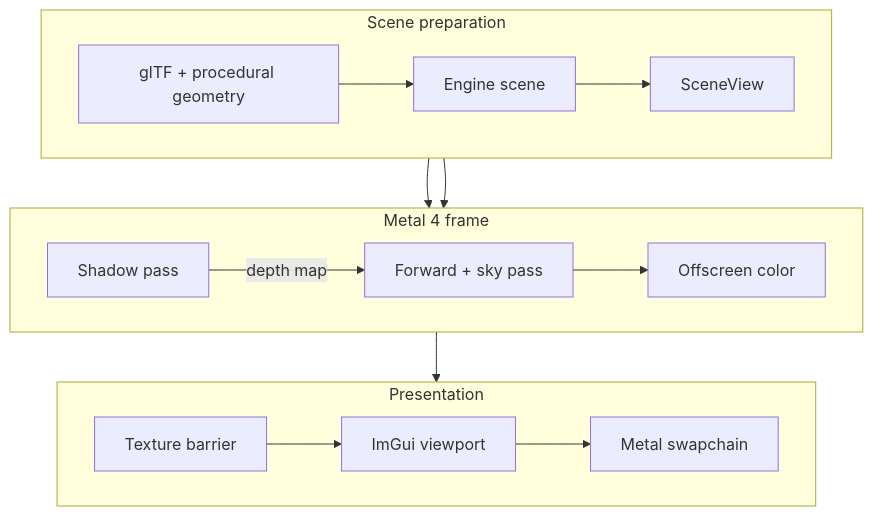
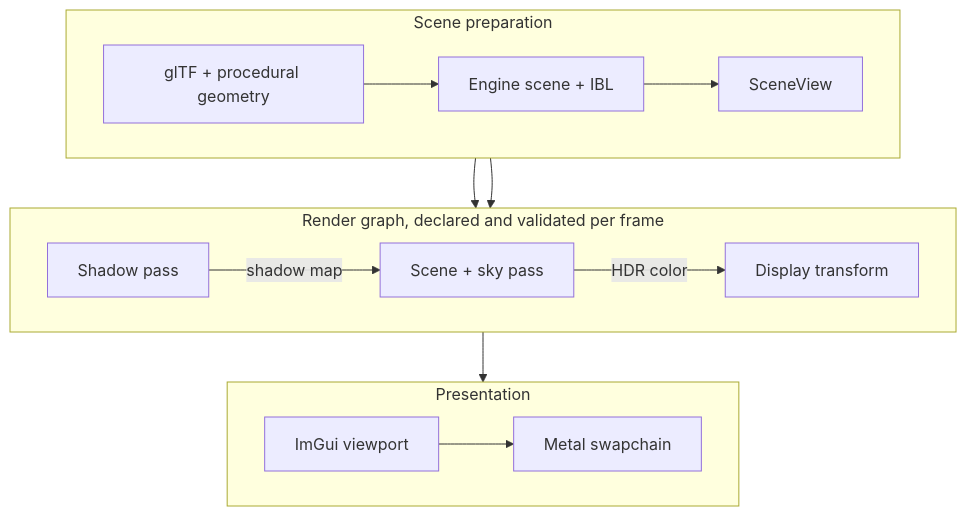
One commit to AmanThuL/Luminex changed the first of 2 diagrams in README.md. Above: the diagram before and after it, drawn with Mermaid. The commit also changed other lines of this file and 3 other files, not shown here.

````diff
--- a/README.md
+++ b/README.md
@@ -38,18 +40,18 @@
 ```mermaid
 flowchart TB
     subgraph Scene["Scene preparation"]
         direction LR
-        Assets["glTF + procedural geometry"] --> Engine["Engine scene"] --> View["SceneView"]
+        Assets["glTF + procedural geometry"] --> Engine["Engine scene + IBL"] --> View["SceneView"]
     end
-    subgraph Frame["Metal 4 frame"]
+    subgraph Frame["Render graph, declared and validated per frame"]
         direction LR
-        Shadow["Shadow pass"] -->|depth map| Forward["Forward + sky pass"] --> Color["Offscreen color"]
+        Shadow["Shadow pass"] -->|shadow map| Scene2["Scene + sky pass"] -->|HDR color| Display["Display transform"]
     end
-    subgraph Display["Presentation"]
+    subgraph Presentation
         direction LR
-        Barrier["Texture barrier"] --> UI["ImGui viewport"] --> Present["Metal swapchain"]
+        UI["ImGui viewport"] --> Present["Metal swapchain"]
     end
     View --> Shadow
-    View --> Forward
-    Color --> Barrier
+    View --> Scene2
+    Display --> UI
 ```
````
